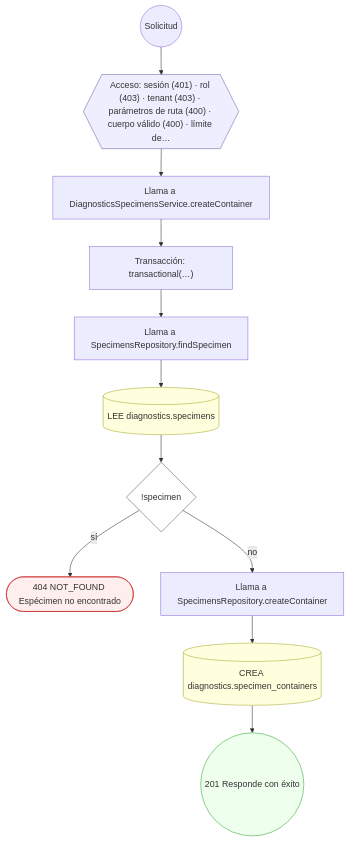
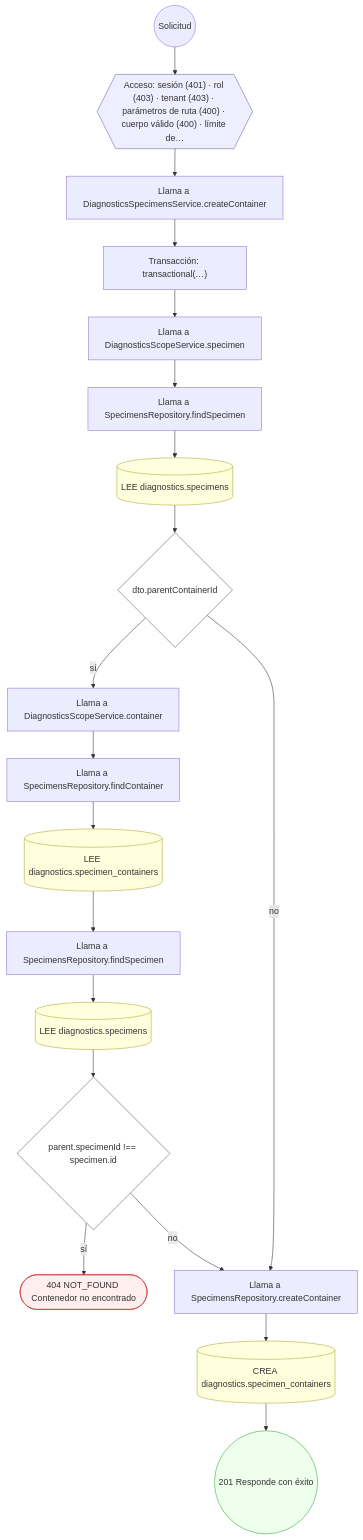
One commit to mdavila-2001/mantra-core-health-api changed diagram 28 of 31 in docs/inventario/flujos/diagnostics.md. Above: the diagram before and after it, drawn with Mermaid. The commit also changed other lines of this file and 438 other files, not shown here.

````diff
--- a/docs/inventario/flujos/diagnostics.md
+++ b/docs/inventario/flujos/diagnostics.md
@@ -1929,30 +2389,45 @@
 ```mermaid
 flowchart TD
   n1(("Solicitud")):::inicio
   n2{{"Acceso: sesión (401) · rol (403) · tenant (403) · parámetros de ruta (400) · cuerpo válido (400) · límite de…"}}:::acceso
   n1 --> n2
   n3["Llama a DiagnosticsSpecimensService.createContainer"]:::llamada
   n2 --> n3
   n4["Transacción: transactional(…)"]:::transaccion
   n3 --> n4
-  n5["Llama a SpecimensRepository.findSpecimen"]:::llamada
+  n5["Llama a DiagnosticsScopeService.specimen"]:::llamada
   n4 --> n5
-  n6[("LEE diagnostics.specimens")]:::efecto
+  n6["Llama a SpecimensRepository.findSpecimen"]:::llamada
   n5 --> n6
-  n7{"!specimen"}:::decision
+  n7[("LEE diagnostics.specimens")]:::efecto
   n6 --> n7
-  n8(["404 NOT_FOUND Espécimen no encontrado"]):::error
-  n7 -->|"sí"| n8
-  n9["Llama a SpecimensRepository.createContainer"]:::llamada
-  n7 -->|"no"| n9
-  n10[("CREA diagnostics.specimen_containers")]:::efecto
+  n8{"dto.parentContainerId"}:::decision
+  n7 --> n8
+  n9["Llama a DiagnosticsScopeService.container"]:::llamada
+  n8 -->|"sí"| n9
+  n10["Llama a SpecimensRepository.findContainer"]:::llamada
   n9 --> n10
-  n11(("201 Responde con éxito")):::ok
+  n11[("LEE diagnostics.specimen_containers")]:::efecto
   n10 --> n11
+  n12["Llama a SpecimensRepository.findSpecimen"]:::llamada
+  n11 --> n12
+  n13[("LEE diagnostics.specimens")]:::efecto
+  n12 --> n13
+  n14{"parent.specimenId !== specimen.id"}:::decision
+  n13 --> n14
+  n15(["404 NOT_FOUND Contenedor no encontrado"]):::error
+  n14 -->|"sí"| n15
+  n16["Llama a SpecimensRepository.createContainer"]:::llamada
+  n14 -->|"no"| n16
+  n8 -->|"no"| n16
+  n17[("CREA diagnostics.specimen_containers")]:::efecto
+  n16 --> n17
+  n18(("201 Responde con éxito")):::ok
+  n17 --> n18
   classDef acceso fill:#eef,stroke:#66a
   classDef error fill:#fee,stroke:#c33
   classDef ok fill:#efe,stroke:#3a3
   classDef efecto fill:#ffd,stroke:#aa3
   classDef decision fill:#fff,stroke:#555
   classDef corte fill:#eee,stroke:#999,stroke-dasharray: 4
 ```
````
